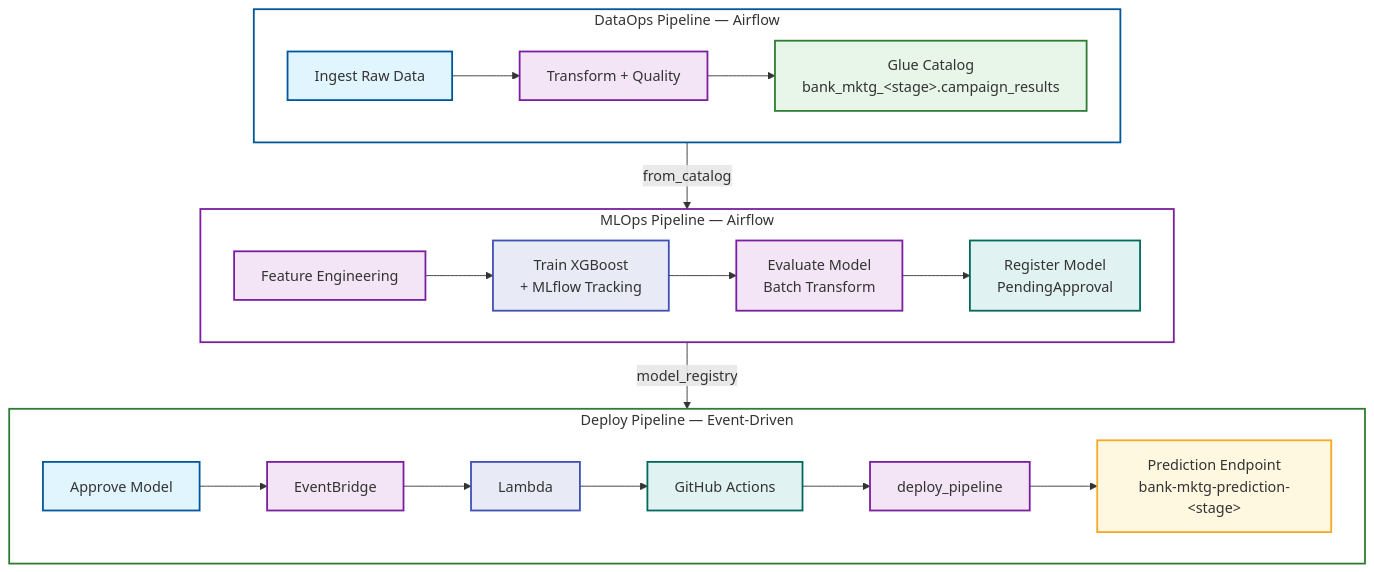
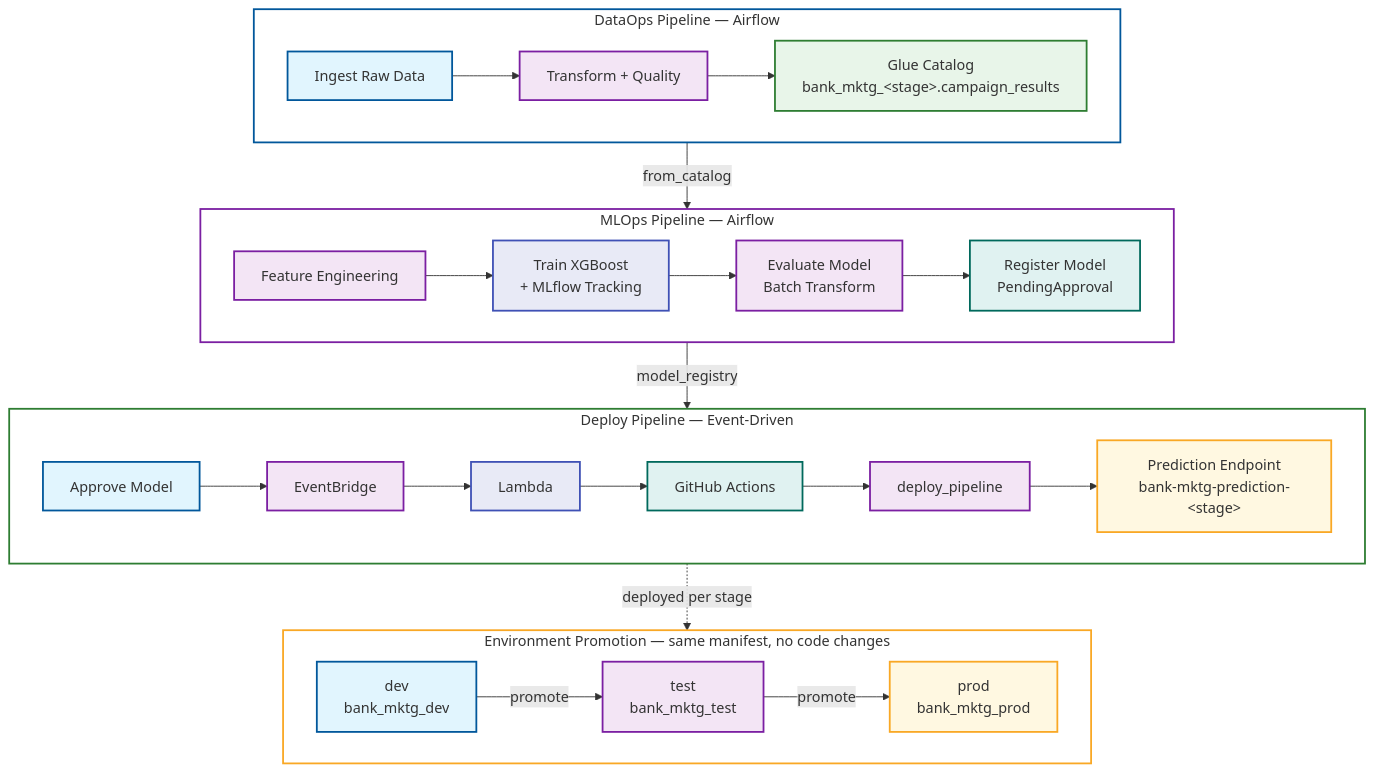
The first of 2 diagrams in examples/end-to-end-data-ml-pipeline/README.md (nareshnagpal06/CICD-for-SageMakerUnifiedStudio), drawn with Mermaid before and after one commit. The commit also changed other lines of this file, not shown here.

First line of the commit message:
docs: Reorganize pipeline README and add stage promotion diagram

````diff
--- a/examples/end-to-end-data-ml-pipeline/README.md
+++ b/examples/end-to-end-data-ml-pipeline/README.md
@@ -18,44 +73,55 @@
 ```mermaid
 flowchart TD
     subgraph DataOps[DataOps Pipeline — Airflow]
         direction LR
         Ingest[Ingest Raw Data]:::input
         Transform[Transform + Quality]:::process
         CatalogTable[Glue Catalog<br/>bank_mktg_&lt;stage&gt;.campaign_results]:::success
         Ingest --> Transform --> CatalogTable
     end
 
     subgraph MLOps[MLOps Pipeline — Airflow]
         direction LR
         FeatureEng[Feature Engineering]:::process
         Train[Train XGBoost<br/>+ MLflow Tracking]:::hook
         Evaluate[Evaluate Model<br/>Batch Transform]:::process
         Register[Register Model<br/>PendingApproval]:::info
         FeatureEng --> Train --> Evaluate --> Register
     end
 
     subgraph Deploy[Deploy Pipeline — Event-Driven]
         direction LR
         Approve[Approve Model]:::input
         EB[EventBridge]:::process
         Lambda[Lambda]:::hook
         GHA[GitHub Actions]:::info
         DAG[deploy_pipeline]:::process
         EP[Prediction Endpoint<br/>bank-mktg-prediction-&lt;stage&gt;]:::alert
         Approve --> EB --> Lambda --> GHA --> DAG --> EP
     end
 
     DataOps -->|from_catalog| MLOps
     MLOps -->|model_registry| Deploy
 
+    subgraph Stages[Environment Promotion — same manifest, no code changes]
+        direction LR
+        Dev[dev<br/>bank_mktg_dev]:::input
+        Test[test<br/>bank_mktg_test]:::process
+        Prod[prod<br/>bank_mktg_prod]:::alert
+        Dev -->|promote| Test -->|promote| Prod
+    end
+
+    Deploy -.->|deployed per stage| Stages
+
     classDef input fill:#e1f5fe,stroke:#01579b,stroke-width:2px
     classDef process fill:#f3e5f5,stroke:#7b1fa2,stroke-width:2px
     classDef success fill:#e8f5e9,stroke:#2e7d32,stroke-width:2px
     classDef info fill:#e0f2f1,stroke:#00695c,stroke-width:2px
     classDef hook fill:#e8eaf6,stroke:#3f51b5,stroke-width:2px
     classDef alert fill:#fff8e1,stroke:#f9a825,stroke-width:2px
 
     style DataOps fill:transparent,stroke:#01579b,stroke-width:2px
     style MLOps fill:transparent,stroke:#7b1fa2,stroke-width:2px
     style Deploy fill:transparent,stroke:#2e7d32,stroke-width:2px
+    style Stages fill:transparent,stroke:#f9a825,stroke-width:2px
 ```
````
